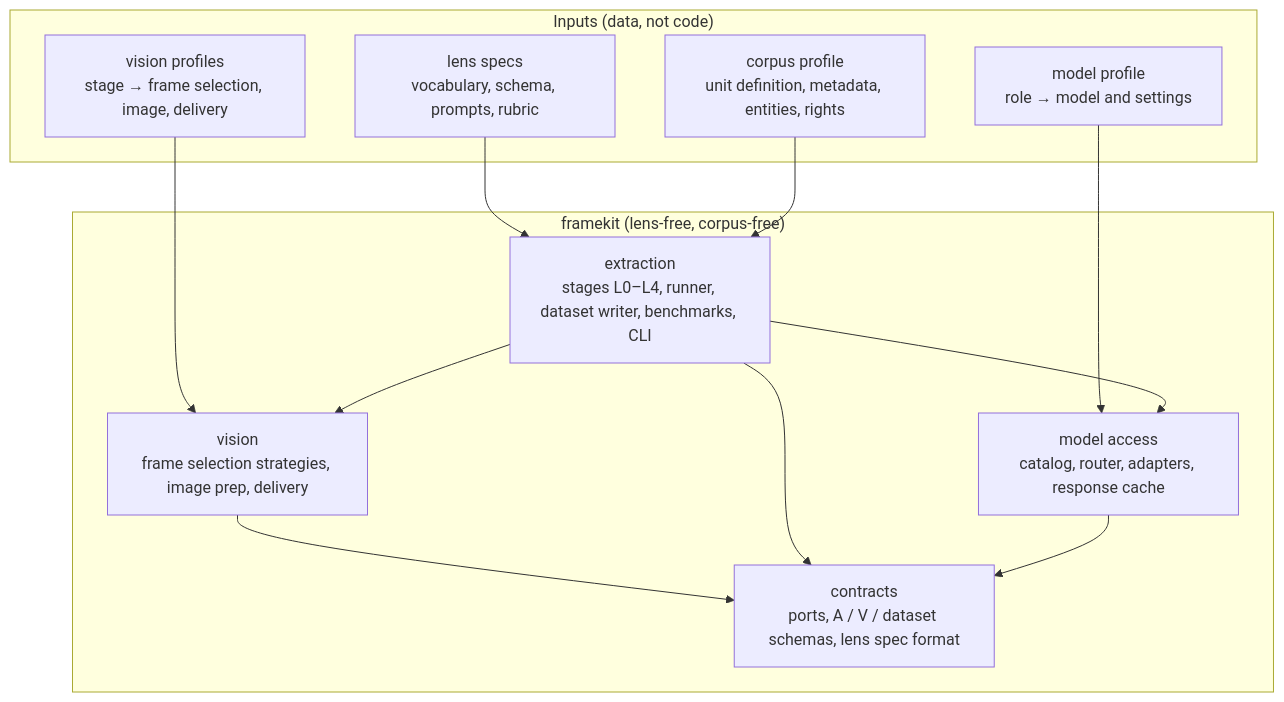
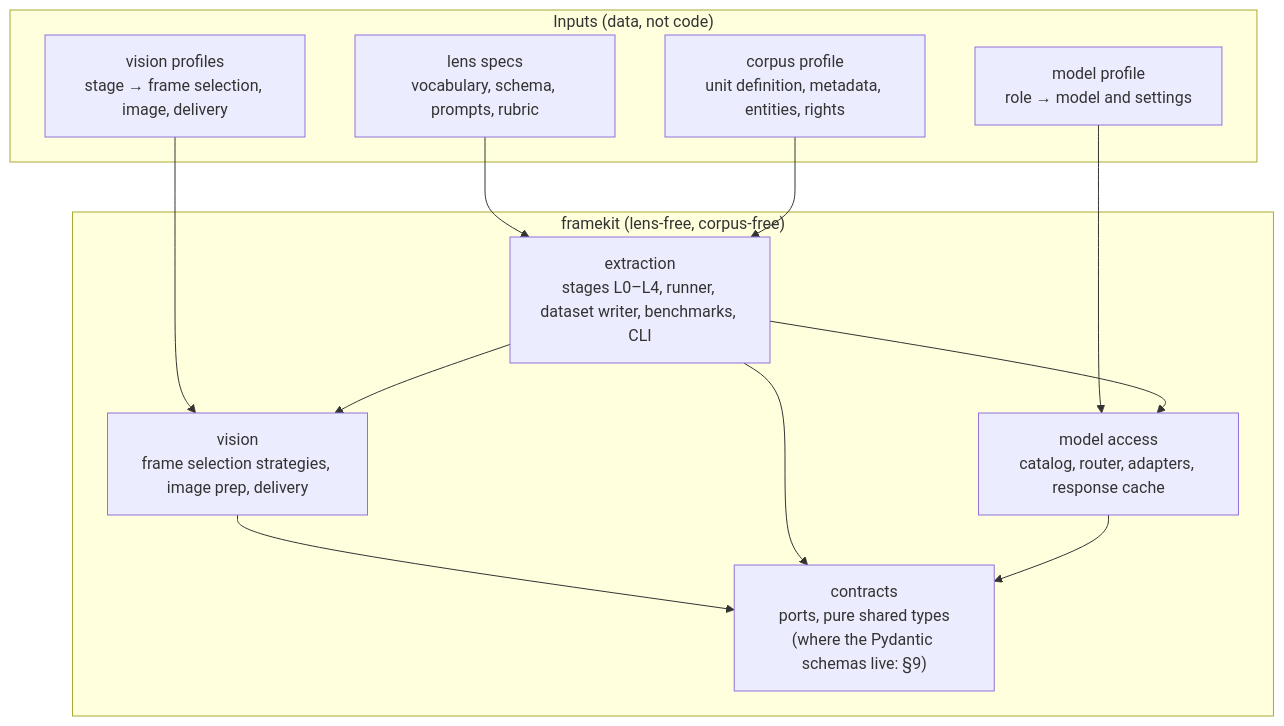
The first of 6 diagrams in docs/DESIGN.md (edyhtan/framekit), drawn with Mermaid before and after one commit. The commit also changed other lines of this file and 14 other files, not shown here.

````diff
--- a/docs/DESIGN.md
+++ b/docs/DESIGN.md
@@ -28,24 +28,24 @@
 ```mermaid
 flowchart TB
     subgraph IN["Inputs (data, not code)"]
         LS["lens specs<br/>vocabulary, schema, prompts, rubric"]
         CP["corpus profile<br/>unit definition, metadata, entities, rights"]
         MP["model profile<br/>role → model and settings"]
         VP["vision profiles<br/>stage → frame selection, image, delivery"]
     end
     subgraph ENG["framekit (lens-free, corpus-free)"]
         EX["extraction<br/>stages L0–L4, runner, dataset writer, benchmarks, CLI"]
         MA["model access<br/>catalog, router, adapters, response cache"]
         VI["vision<br/>frame selection strategies, image prep, delivery"]
-        CT["contracts<br/>ports, A / V / dataset schemas, lens spec format"]
+        CT["contracts<br/>ports, pure shared types<br/>(where the Pydantic schemas live: §9)"]
     end
     LS --> EX
     CP --> EX
     MP --> MA
     VP --> VI
     EX --> MA
     EX --> VI
     VI --> CT
     EX --> CT
     MA --> CT
 ```
````
